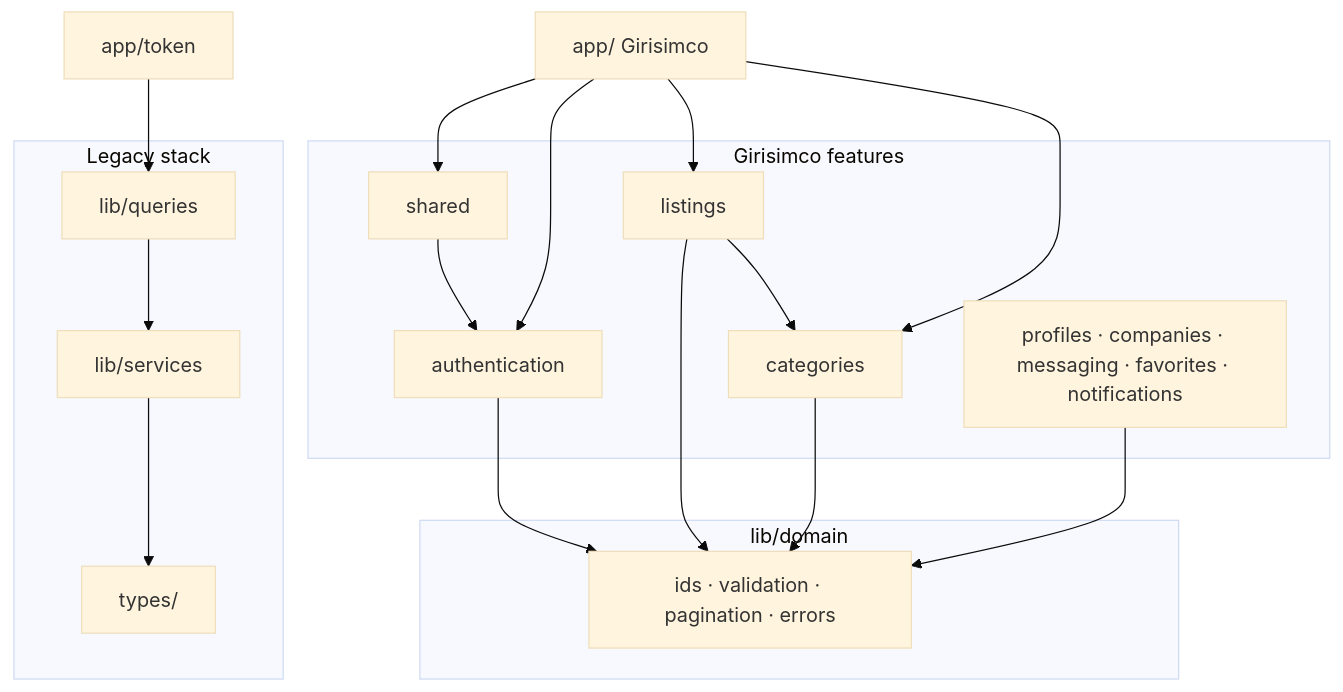
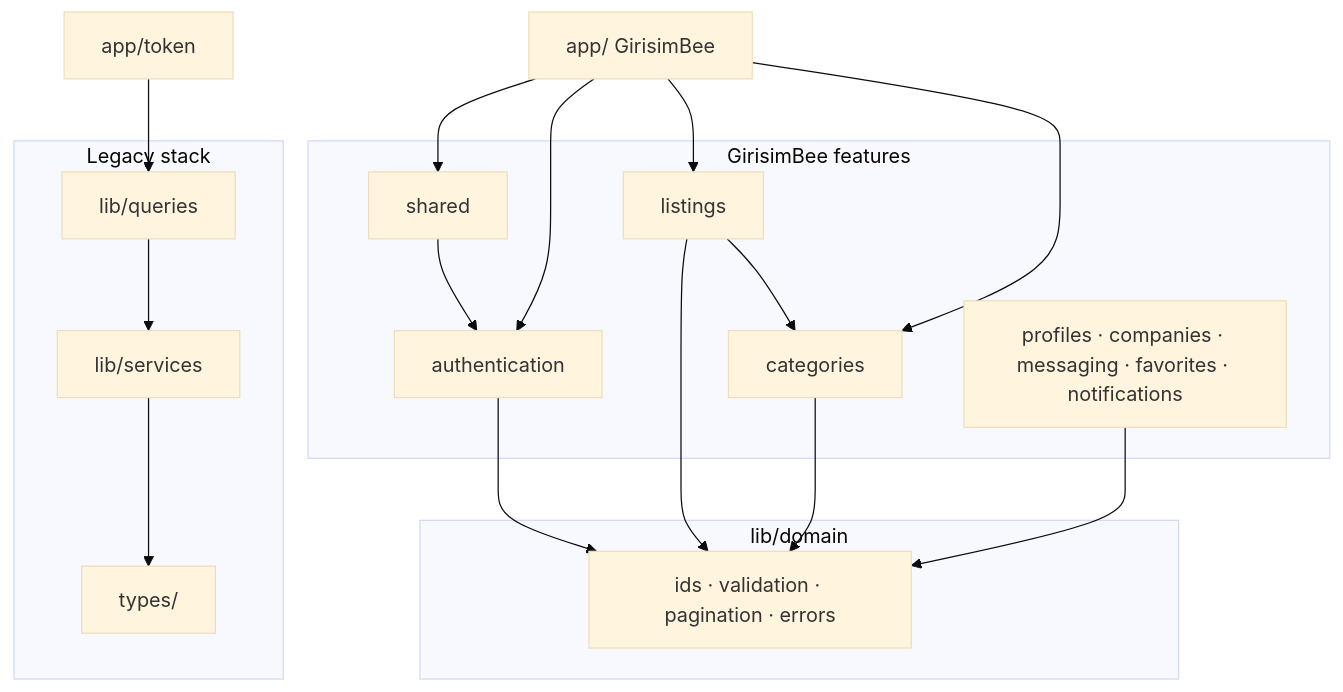
One commit to zamanugurz-afk/girisimbee changed the diagram in docs/ARCHITECTURE.md. Above: the diagram before and after it, drawn with Mermaid (base theme). The commit also changed other lines of this file and 122 other files, not shown here.

Commit message:
Rebrand to GirisimBee and add listing icons with hero orbit.

````diff
--- a/docs/ARCHITECTURE.md
+++ b/docs/ARCHITECTURE.md
@@ -69,36 +69,36 @@
 ```mermaid
 flowchart TB
   subgraph kernel ["lib/domain"]
     LD[ids · validation · pagination · errors]
   end
 
-  subgraph girisimco ["Girisimco features"]
+  subgraph girisimco ["GirisimBee features"]
     FA[authentication]
     FC[categories]
     FL[listings]
     FS[shared]
     FP[profiles · companies · messaging · favorites · notifications]
   end
 
   subgraph legacy ["Legacy stack"]
     LQ[lib/queries]
     LS[lib/services]
     LT[types/]
   end
 
   FA --> LD
   FL --> LD
   FL --> FC
   FC --> LD
   FS --> FA
   FP --> LD
 
-  app_g[app/ Girisimco] --> FA
+  app_g[app/ GirisimBee] --> FA
   app_g --> FL
   app_g --> FC
   app_g --> FS
 
   app_l[app/token] --> LQ
   LQ --> LS
   LS --> LT
 ```
````
